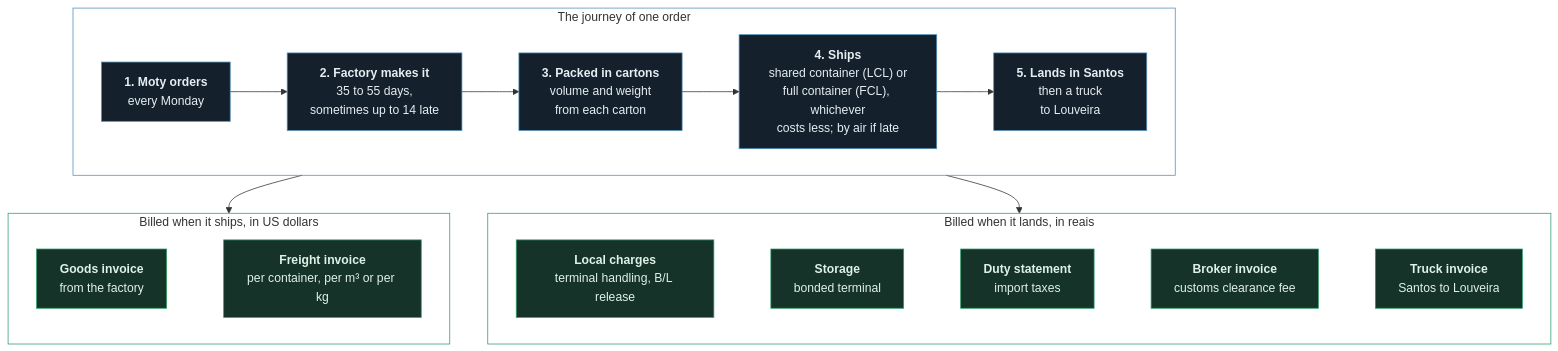
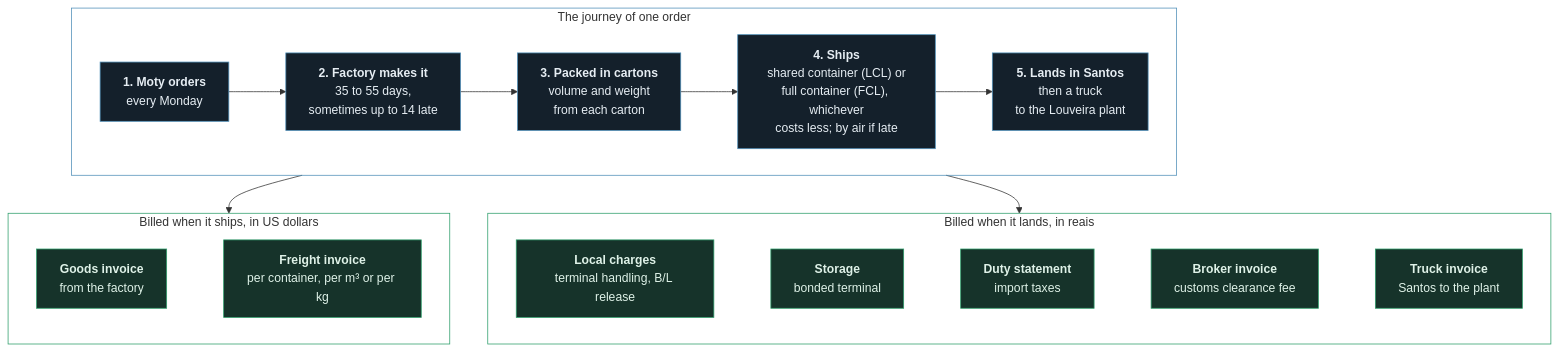
One commit to RafaelTavares98/invoice-pipeline changed the third of 3 diagrams in README.md. Above: the diagram before and after it, drawn with Mermaid. The commit also changed other lines of this file, not shown here.

````diff
--- a/README.md
+++ b/README.md
@@ -107,39 +117,39 @@
 ```mermaid
 flowchart TB
     subgraph TRIP["The journey of one order"]
         direction LR
         PO["<b>1. Moty orders</b><br/>every Monday"]
         MAKE["<b>2. Factory makes it</b><br/>35 to 55 days,<br/>sometimes up to 14 late"]
         PACK["<b>3. Packed in cartons</b><br/>volume and weight<br/>from each carton"]
         SHIP["<b>4. Ships</b><br/>shared container (LCL) or<br/>full container (FCL), whichever<br/>costs less; by air if late"]
-        ARR["<b>5. Lands in Santos</b><br/>then a truck<br/>to Louveira"]
+        ARR["<b>5. Lands in Santos</b><br/>then a truck<br/>to the Louveira plant"]
         PO --> MAKE --> PACK --> SHIP --> ARR
     end
 
     subgraph LEFT["Billed when it ships, in US dollars"]
         direction LR
         GI["<b>Goods invoice</b><br/>from the factory"]
         FI["<b>Freight invoice</b><br/>per container, per m³ or per kg"]
         GI ~~~ FI
     end
     subgraph LANDED["Billed when it lands, in reais"]
         direction LR
         LC["<b>Local charges</b><br/>terminal handling, B/L release"]
         ST["<b>Storage</b><br/>bonded terminal"]
         DS["<b>Duty statement</b><br/>import taxes"]
         BF["<b>Broker invoice</b><br/>customs clearance fee"]
-        TR["<b>Truck invoice</b><br/>Santos to Louveira"]
+        TR["<b>Truck invoice</b><br/>Santos to the plant"]
         LC ~~~ ST ~~~ DS ~~~ BF ~~~ TR
     end
 
     TRIP --> LEFT
     TRIP --> LANDED
 
     classDef step fill:#14202b,stroke:#4f8fb8,color:#e6edf3
     classDef doc fill:#16332a,stroke:#2e9e6b,color:#dff2e8
     class PO,MAKE,PACK,SHIP,ARR step
     class GI,FI,LC,ST,DS,BF,TR doc
     style TRIP fill:transparent,stroke:#4f8fb8
     style LEFT fill:transparent,stroke:#2e9e6b
     style LANDED fill:transparent,stroke:#2e9e6b
 ```
````
